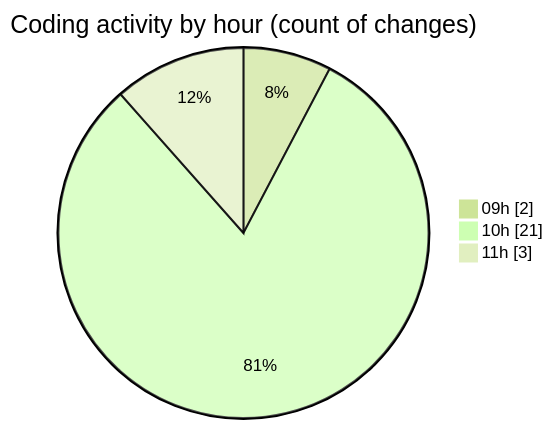
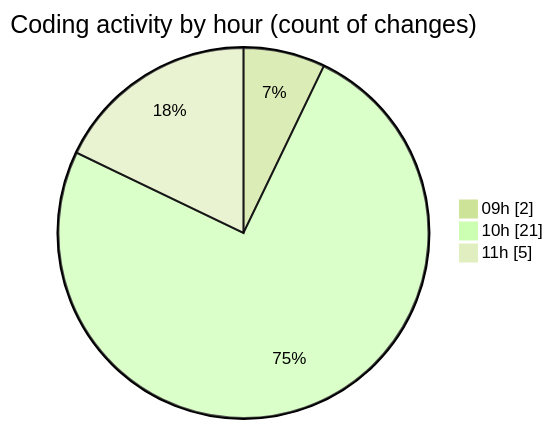
The second of 2 diagrams in 2025-03-27/kml/README.md (LanceThiago/code-tracking), drawn with Mermaid (forest theme) before and after one commit. The commit also changed other lines of this file and 1 other file, not shown here.

````diff
--- a/2025-03-27/kml/README.md
+++ b/2025-03-27/kml/README.md
@@ -40,7 +40,7 @@
 ```mermaid
 pie showData
 title Coding activity by hour (count of changes)
 "09h" : 2
 "10h" : 21
-"11h" : 3
+"11h" : 5
 ```
````
